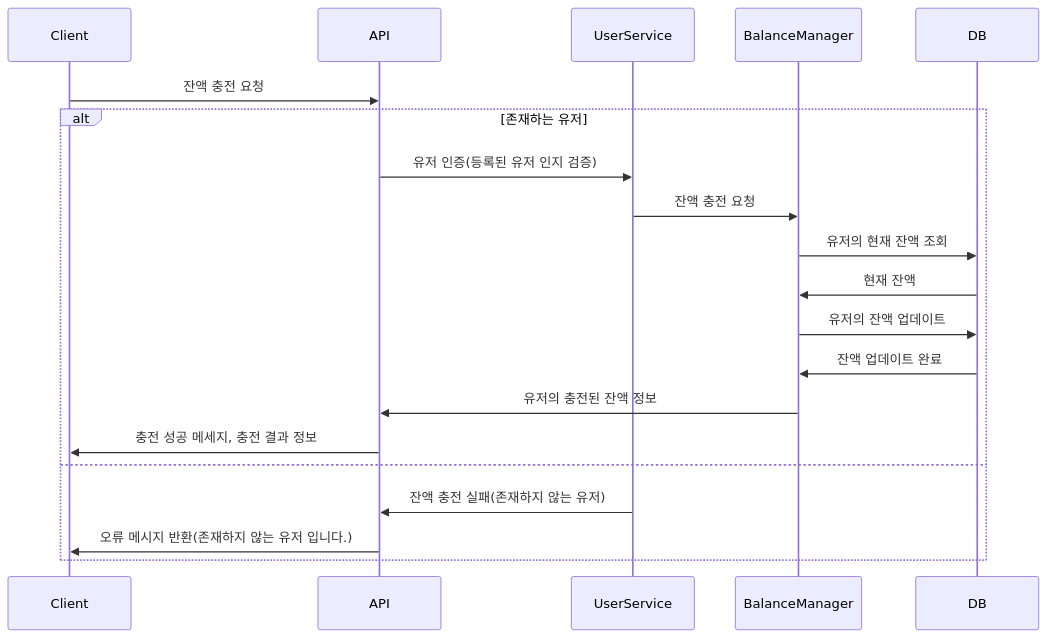
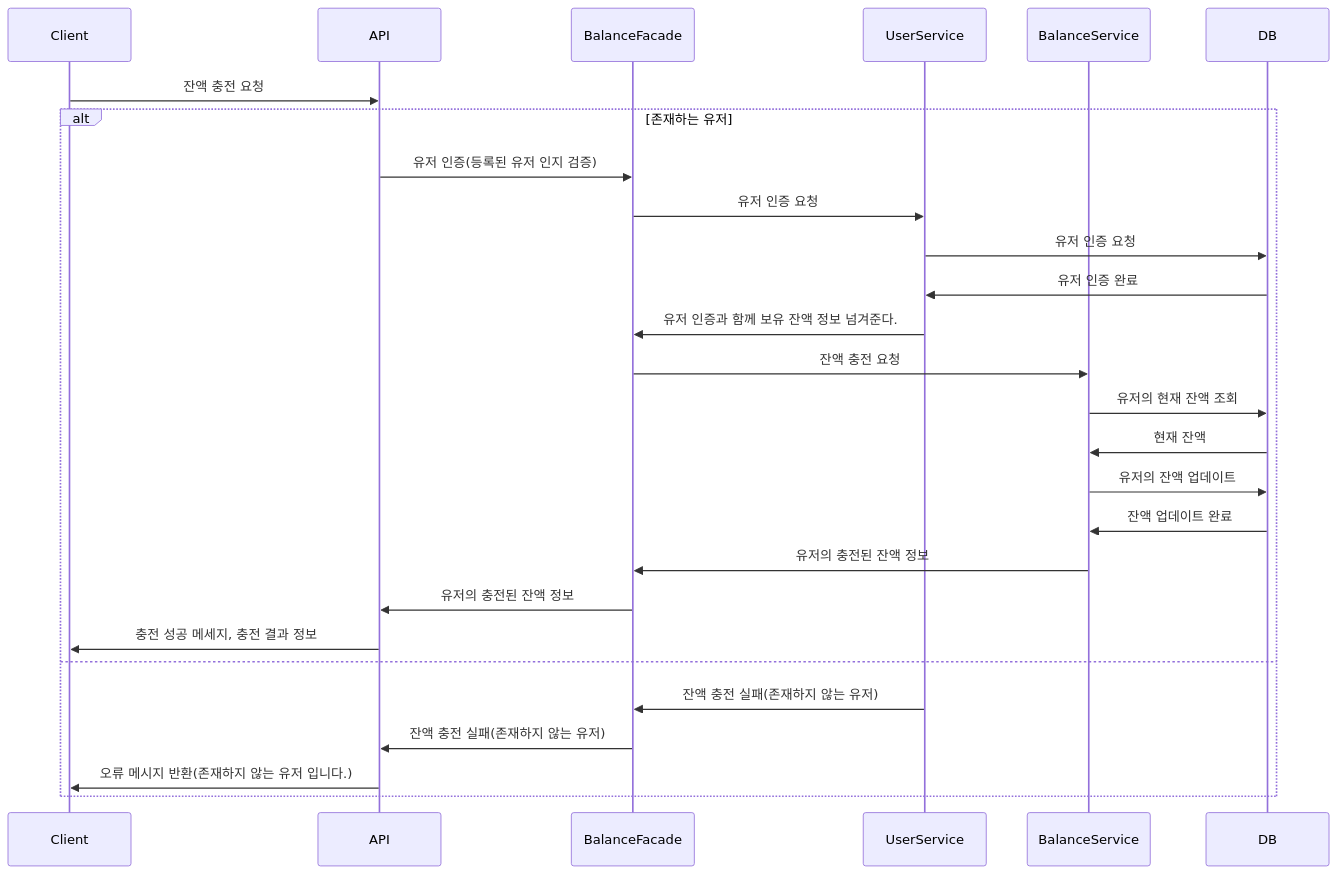
One commit to LeeJeongGi/hhplus-03-ecommerce changed the first of 8 diagrams in docs/EventSequence.md. Above: the diagram before and after it, drawn with Mermaid. The commit also changed other lines of this file, not shown here.

Commit message:
feat : 이벤트 시퀀스 재정비, Facade 클래스 추가, Manager -> service 이름 수정, 주문,결제 API 두개로 분리

````diff
--- a/docs/EventSequence.md
+++ b/docs/EventSequence.md
@@ -4,23 +4,30 @@
 ```mermaid
 sequenceDiagram
     participant Client
     participant API
+    participant BalanceFacade
     participant UserService
-    participant BalanceManager
+    participant BalanceService
     participant DB
 
     Client ->> API:잔액 충전 요청
     alt 존재하는 유저
-        API ->> UserService: 유저 인증(등록된 유저 인지 검증)
-        UserService ->> BalanceManager: 잔액 충전 요청
-        BalanceManager ->> DB: 유저의 현재 잔액 조회
-        DB ->> BalanceManager: 현재 잔액
-        BalanceManager ->> DB: 유저의 잔액 업데이트
-        DB ->> BalanceManager: 잔액 업데이트 완료
-        BalanceManager ->> API: 유저의 충전된 잔액 정보
+        API ->> BalanceFacade: 유저 인증(등록된 유저 인지 검증)
+        BalanceFacade ->> UserService: 유저 인증 요청
+        UserService ->> DB: 유저 인증 요청
+        DB ->> UserService: 유저 인증 완료
+        UserService ->> BalanceFacade: 유저 인증과 함께 보유 잔액 정보 넘겨준다.
+        BalanceFacade ->> BalanceService: 잔액 충전 요청
+        BalanceService ->> DB: 유저의 현재 잔액 조회
+        DB ->> BalanceService: 현재 잔액
+        BalanceService ->> DB: 유저의 잔액 업데이트
+        DB ->> BalanceService: 잔액 업데이트 완료
+        BalanceService ->> BalanceFacade: 유저의 충전된 잔액 정보
+        BalanceFacade ->> API: 유저의 충전된 잔액 정보
         API ->> Client: 충전 성공 메세지, 충전 결과 정보
     else
-        UserService ->> API: 잔액 충전 실패(존재하지 않는 유저)
+        UserService ->> BalanceFacade: 잔액 충전 실패(존재하지 않는 유저)
+        BalanceFacade ->> API: 잔액 충전 실패(존재하지 않는 유저)
         API ->> Client: 오류 메시지 반환(존재하지 않는 유저 입니다.)
     end
 ```
````
